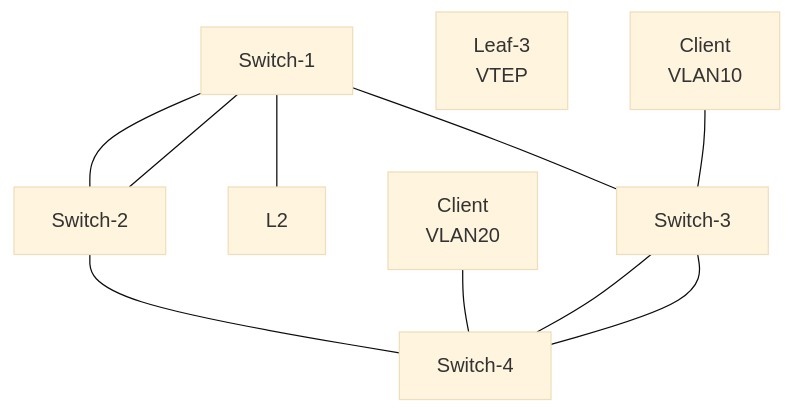
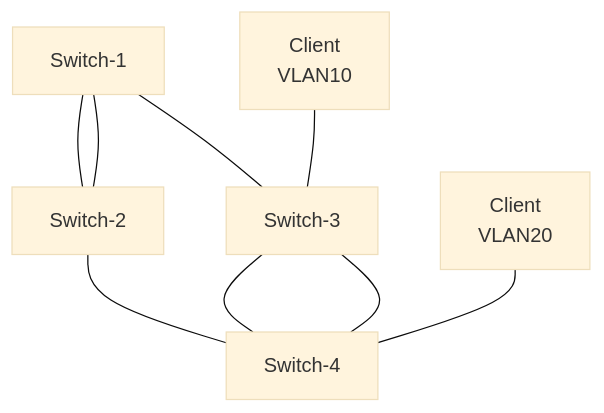
The diagram in content/blog/bgp-route-reflector.md (Deviruchi-Git/network-in-a-nutshell), drawn with Mermaid (base theme) before and after one commit.

````diff
--- a/content/blog/bgp-route-reflector.md
+++ b/content/blog/bgp-route-reflector.md
@@ -18,20 +18,18 @@
 ```mermaid
 graph TD
     SW1["Switch-1"]
     SW2["Switch-2"]
     SW3["Switch-3"]
     SW4["Switch-4"]
-    L3["Leaf-3<br/>VTEP"]
     Host1["Client<br/>VLAN10"]
     Host2["Client<br/>VLAN20"]
 
     SW1 --- SW2
     SW1 --- SW2
-    SW1 --- L2
     SW1 --- SW3
     SW2 --- SW4
     SW3 --- SW4
     SW3 --- SW4
     Host1 --- SW3
     Host2 --- SW4
 ```
````
